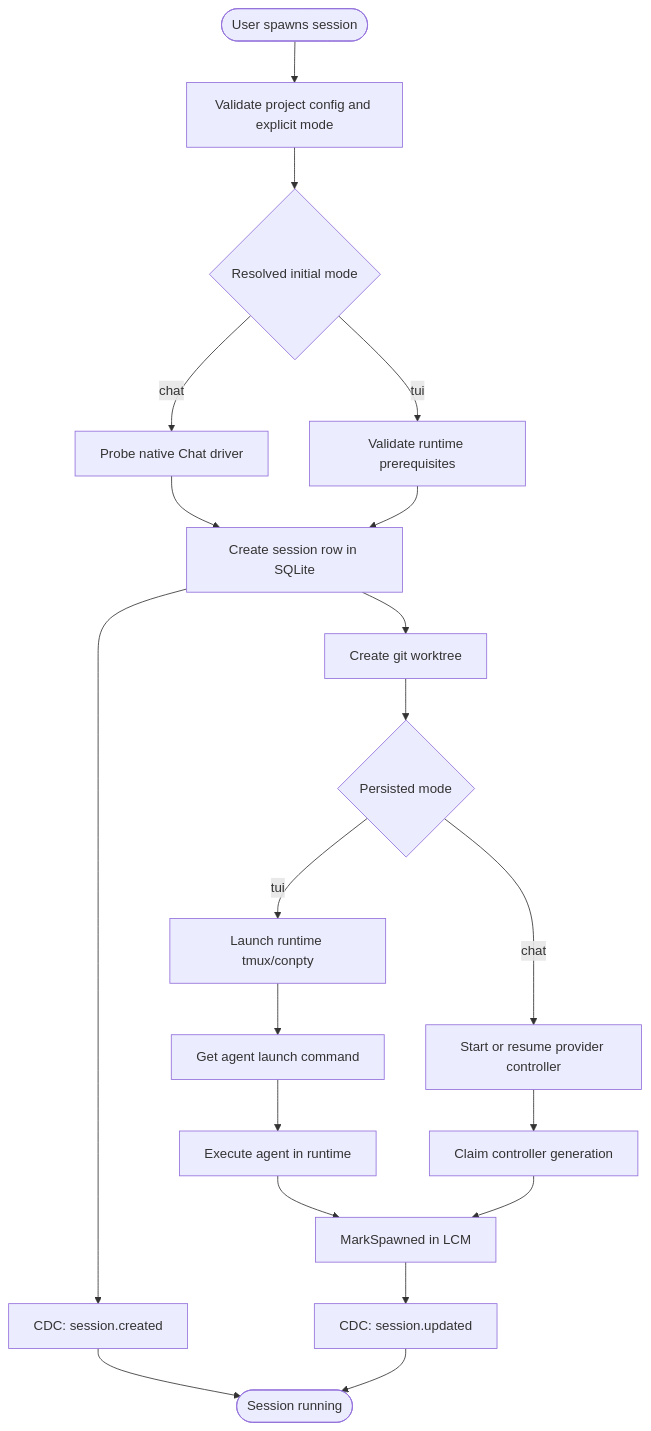
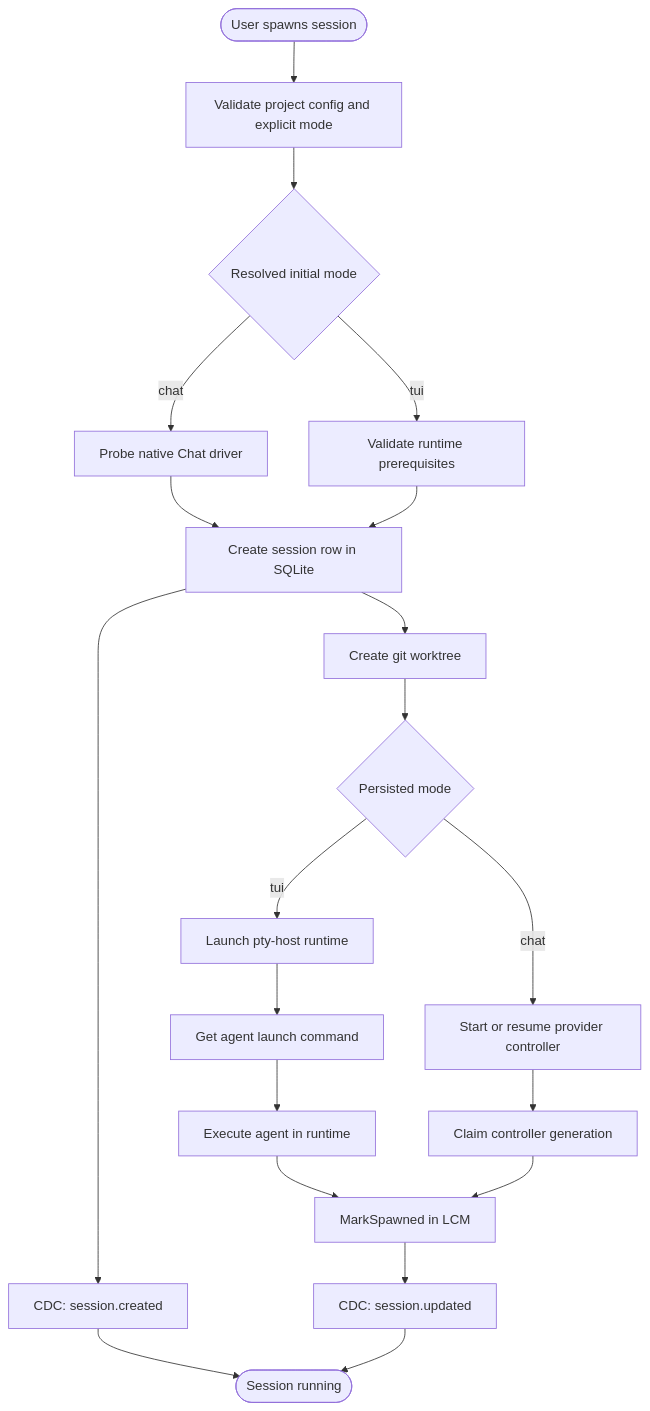
The seventh of 24 diagrams in docs/architecture.md (OmarAly92/Operator), drawn with Mermaid before and after one commit. The commit also changed other lines of this file and 64 other files, not shown here.

First line of the commit message:
feat(runtime)!: replace tmux with the pty-host on every platform

````diff
--- a/docs/architecture.md
+++ b/docs/architecture.md
@@ -292,23 +292,23 @@
 ```mermaid
 flowchart TD
     Start([User spawns session]) --> Validate[Validate project config and explicit mode]
     Validate --> InitialMode{Resolved initial mode}
     InitialMode -->|chat| Preflight[Probe native Chat driver]
     InitialMode -->|tui| RuntimePreflight[Validate runtime prerequisites]
     Preflight --> CreateRow[Create session row in SQLite]
     RuntimePreflight --> CreateRow
     CreateRow --> Trigger1[CDC: session.created]
     CreateRow --> CreateWS[Create git worktree]
     CreateWS --> LaunchMode{Persisted mode}
-    LaunchMode -->|tui| CreateRT[Launch runtime tmux/conpty]
+    LaunchMode -->|tui| CreateRT[Launch pty-host runtime]
     CreateRT --> GetCmd[Get agent launch command]
     GetCmd --> ExecAgent[Execute agent in runtime]
     LaunchMode -->|chat| ChatController[Start or resume provider controller]
     ChatController --> Fence[Claim controller generation]
     ExecAgent --> MarkSpawned[MarkSpawned in LCM]
     Fence --> MarkSpawned
     MarkSpawned --> Trigger2[CDC: session.updated]
     Trigger1 --> Done
     Trigger2 --> Done([Session running])
 
 ```
````
